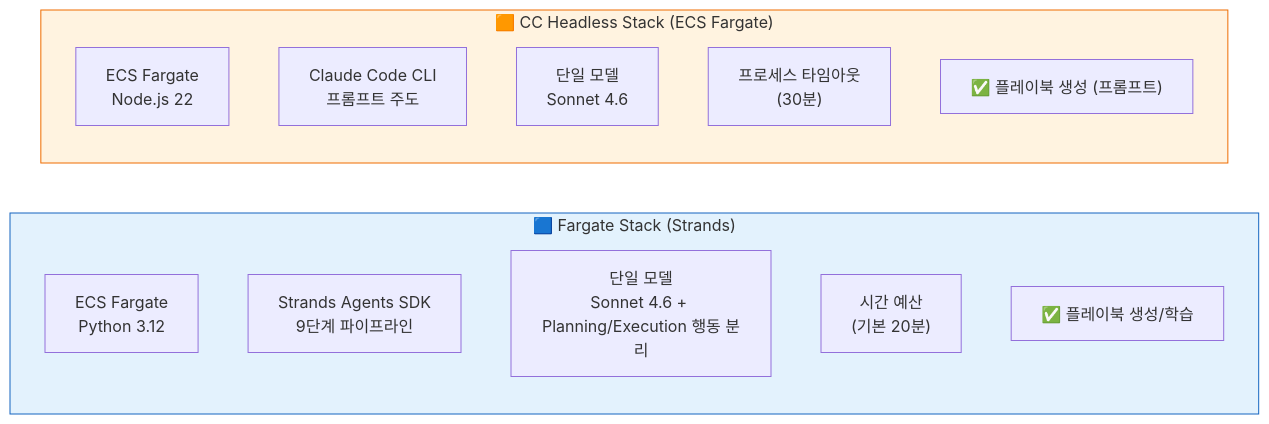
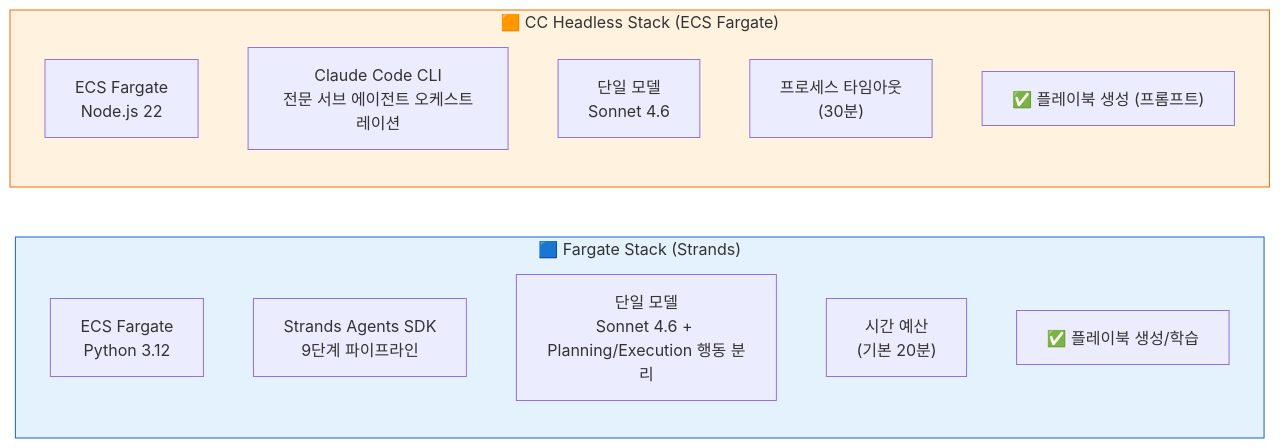
One commit to haandol/rca-agent changed the fifth of 22 diagrams in docs/system-guide-for-ops.md. Above: the diagram before and after it, drawn with Mermaid. The commit also changed other lines of this file and 154 other files, not shown here.

````diff
--- a/docs/system-guide-for-ops.md
+++ b/docs/system-guide-for-ops.md
@@ -253,23 +253,23 @@
 ```mermaid
 graph LR
     subgraph Fargate["🟦 Fargate Stack (Strands)"]
         direction TB
         F_ENV["ECS Fargate<br/>Python 3.12"]
         F_SDK["Strands Agents SDK<br/>9단계 파이프라인"]
         F_MODEL["단일 모델<br/>Sonnet 4.6 + Planning/Execution 행동 분리"]
         F_TIME["시간 예산<br/>(기본 20분)"]
         F_PLAY["✅ 플레이북 생성/학습"]
     end
 
     subgraph CcStack["🟧 CC Headless Stack (ECS Fargate)"]
         direction TB
         L_ENV["ECS Fargate<br/>Node.js 22"]
-        L_SDK["Claude Code CLI<br/>프롬프트 주도"]
+        L_SDK["Claude Code CLI<br/>전문 서브 에이전트 오케스트레이션"]
         L_MODEL["단일 모델<br/>Sonnet 4.6"]
         L_TIME["프로세스 타임아웃<br/>(30분)"]
         L_PLAY["✅ 플레이북 생성 (프롬프트)"]
     end
 
     style Fargate fill:#e3f2fd,stroke:#1565c0
     style CcStack fill:#fff3e0,stroke:#ef6c00
 ```
````
